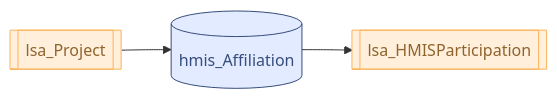
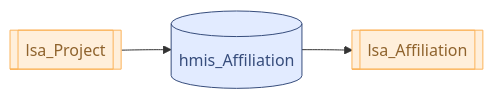
One commit to abtassociates/LSASampleCode changed the seventh of 7 diagrams in docs/04 - Project Descriptor Data.md. Above: the diagram before and after it, drawn with Mermaid.

Commit message:
Update 04 - Project Descriptor Data.md
closes #1470

````diff
--- a/docs/04 - Project Descriptor Data.md
+++ b/docs/04 - Project Descriptor Data.md
@@ -465,15 +465,15 @@
 ``` mermaid
 
 flowchart LR
 
-	P[[lsa_Project]]-->HF[(hmis_Affiliation)]-->LF[[lsa_HMISParticipation]]
+	P[[lsa_Project]]-->HF[(hmis_Affiliation)]-->LF[[lsa_Affiliation]]
 
 	P:::LSA
 	HF:::HMIS
 	LF:::LSA
 
 	classDef Temp stroke:#FF5978, fill:#FFDFE5, color:#8E2236
 	classDef LSA stroke:#FBB35A, fill:#FFEFDB, color:#8F632D 
 	classDef HMIS stroke:#374D7C, fill:#E2EBFF, color:#374D7C
 	
 ```
````
